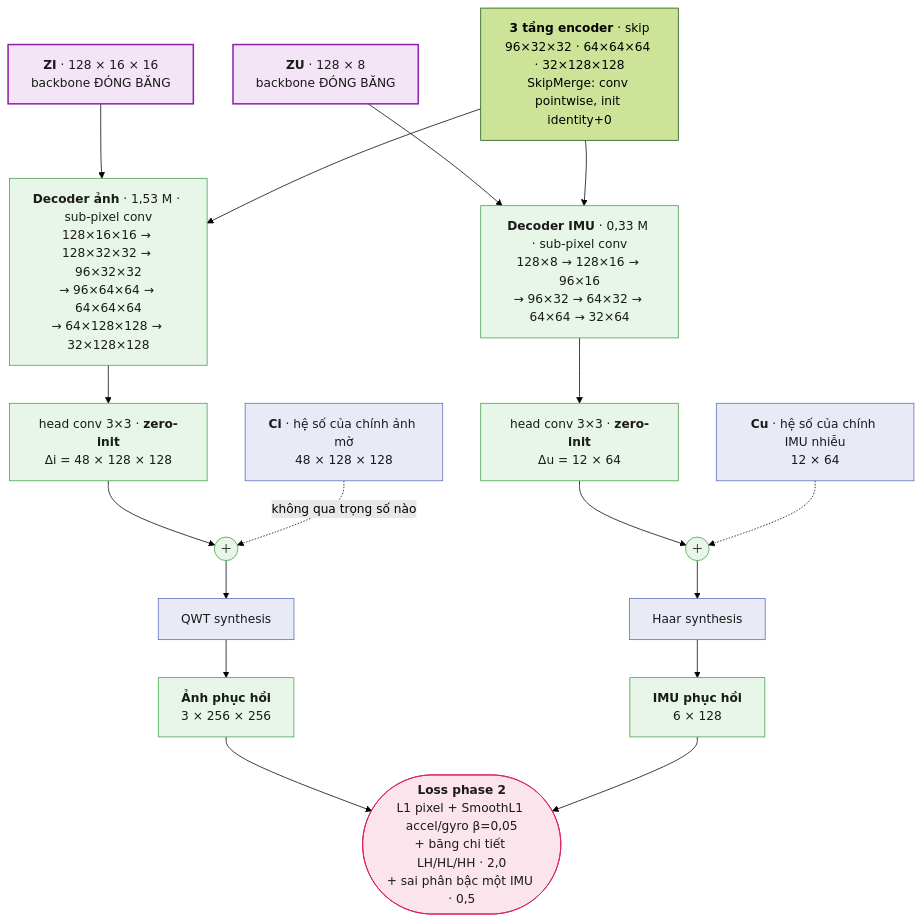
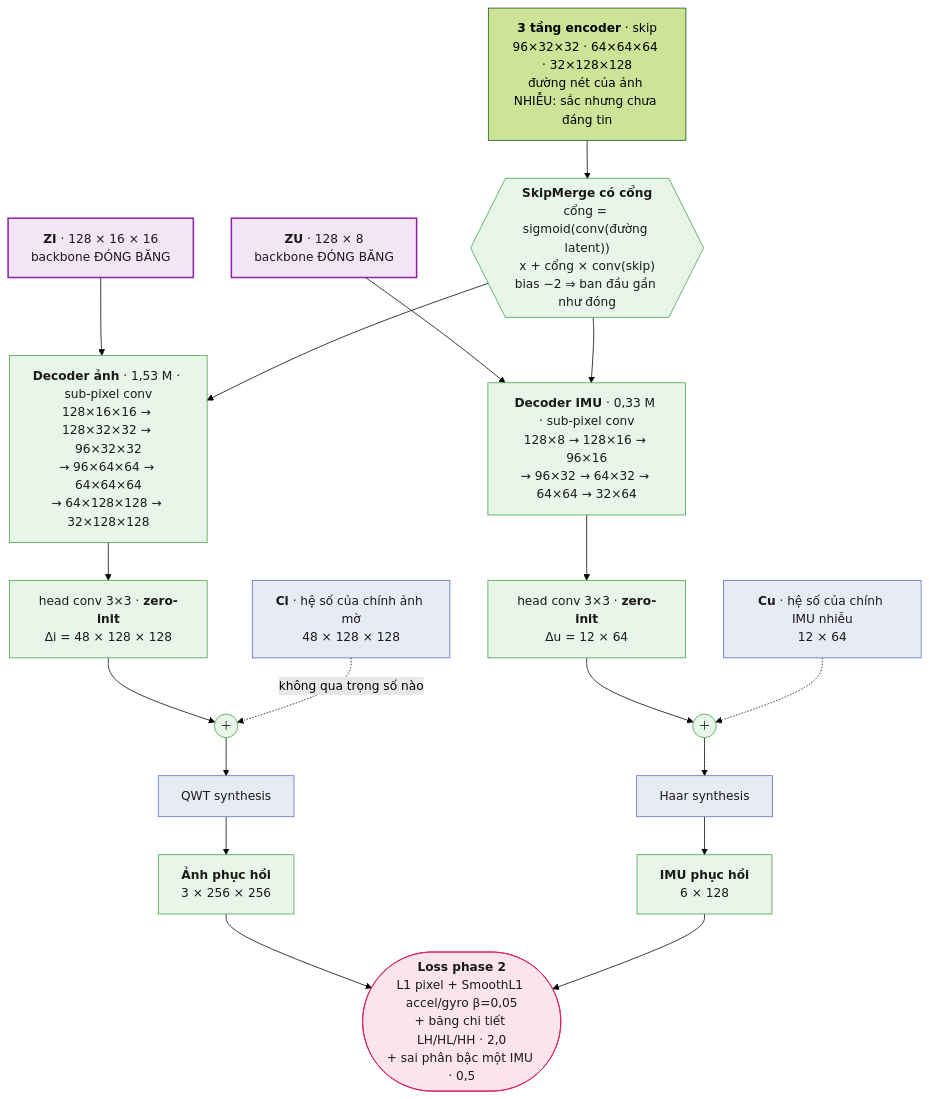
Before and after one commit to leesanghyoek/qwt_jepa_ver3: the fourth of 4 diagrams in README.md, drawn with Mermaid (forest theme). The commit also changed other lines of this file and 6 other files, not shown here.

````diff
--- a/README.md
+++ b/README.md
@@ -126,34 +126,37 @@
 ```mermaid
 flowchart TB
     ZI["<b>ZI</b> · 128 × 16 × 16<br/>backbone ĐÓNG BĂNG"]
     ZU["<b>ZU</b> · 128 × 8<br/>backbone ĐÓNG BĂNG"]
     DI["<b>Decoder ảnh</b> · 1,53 M · sub-pixel conv<br/>128×16×16 → 128×32×32 → 96×32×32<br/>→ 96×64×64 → 64×64×64<br/>→ 64×128×128 → 32×128×128"]
     DU["<b>Decoder IMU</b> · 0,33 M · sub-pixel conv<br/>128×8 → 128×16 → 96×16<br/>→ 96×32 → 64×32 → 64×64 → 32×64"]
     HI["head conv 3×3 · <b>zero-init</b><br/>Δi = 48 × 128 × 128"]
     HU["head conv 3×3 · <b>zero-init</b><br/>Δu = 12 × 64"]
     CI["<b>Ci</b> · hệ số của chính ảnh mờ<br/>48 × 128 × 128"]
     CU["<b>Cu</b> · hệ số của chính IMU nhiễu<br/>12 × 64"]
     PI(("＋"))
     PU(("＋"))
     SI["QWT synthesis"]
     SU["Haar synthesis"]
     OI["<b>Ảnh phục hồi</b><br/>3 × 256 × 256"]
     OU["<b>IMU phục hồi</b><br/>6 × 128"]
     L1(["<b>Loss phase 2</b><br/>L1 pixel + SmoothL1 accel/gyro β=0,05<br/>+ băng chi tiết LH/HL/HH · 2,0<br/>+ sai phân bậc một IMU · 0,5"])
-    SK["<b>3 tầng encoder</b> · skip<br/>96×32×32 · 64×64×64 · 32×128×128<br/>SkipMerge: conv pointwise, init identity+0"]
+    SK["<b>3 tầng encoder</b> · skip<br/>96×32×32 · 64×64×64 · 32×128×128<br/>đường nét của ảnh NHIỄU: sắc nhưng chưa đáng tin"]
+    GT{{"<b>SkipMerge có cổng</b><br/>cổng = sigmoid(conv(đường latent))<br/>x + cổng × conv(skip)<br/>bias −2 ⇒ ban đầu gần như đóng"}}
     ZI --> DI --> HI --> PI --> SI --> OI --> L1
     ZU --> DU --> HU --> PU --> SU --> OU --> L1
-    SK --> DI
-    SK --> DU
+    SK --> GT
+    GT --> DI
+    GT --> DU
     CI -. "không qua trọng số nào" .-> PI
     CU -.-> PU
     classDef tf fill:#e8eaf6,stroke:#5c6bc0,color:#1a1a1a
     classDef lat fill:#f3e5f5,stroke:#8e24aa,stroke-width:2px,color:#1a1a1a
     classDef p2 fill:#e8f5e9,stroke:#43a047,color:#1a1a1a
     classDef loss fill:#fce4ec,stroke:#d81b60,color:#1a1a1a
     class ZI,ZU lat
     class CI,CU,SI,SU tf
     class DI,DU,HI,HU,PI,PU,OI,OU p2
     class SK bb
+    class GT p2
     class L1 loss
 ```
````
